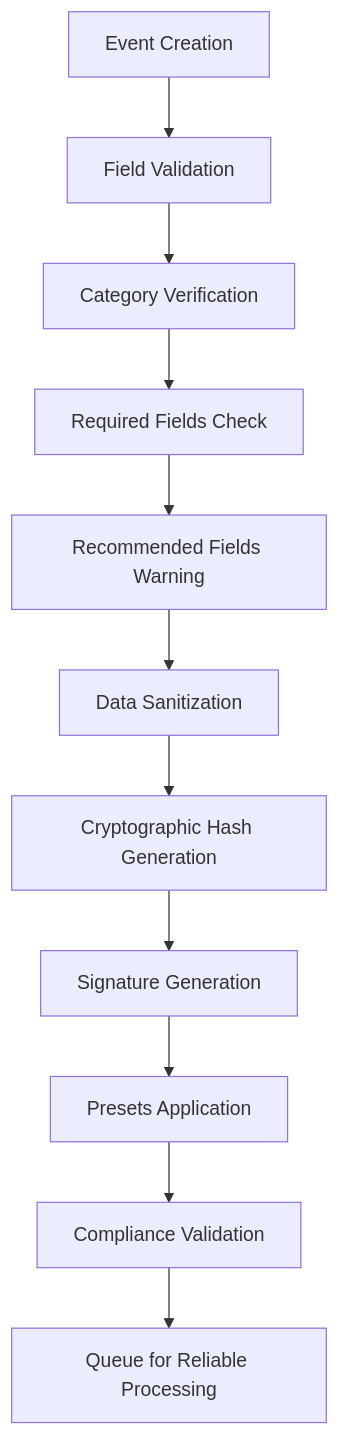
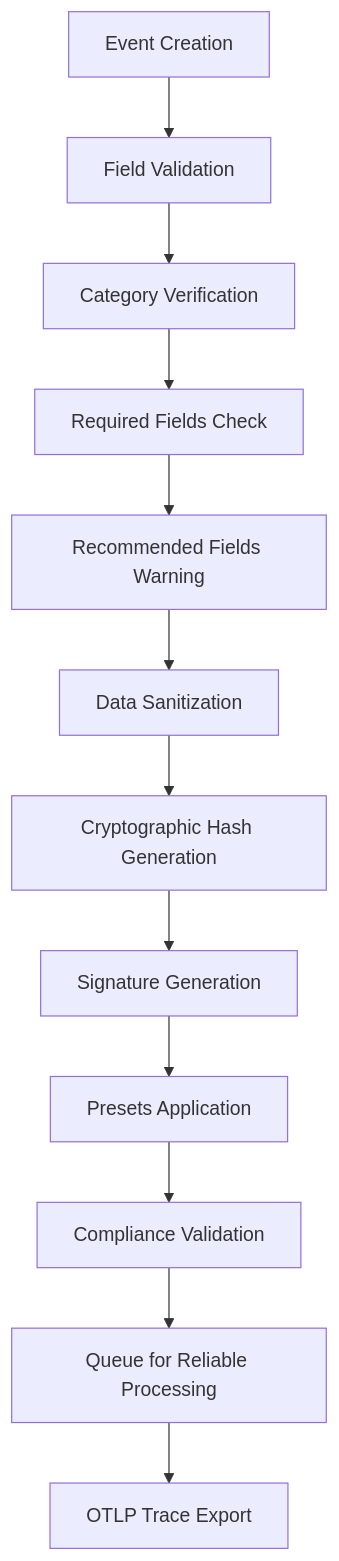
The seventh of 16 diagrams in .qoder/repowiki/en/content/Audit Event Processing.md (smedrec/smart-logs), drawn with Mermaid before and after one commit. The commit also changed other lines of this file and 21 other files, not shown here.

````diff
--- a/.qoder/repowiki/en/content/Audit Event Processing.md
+++ b/.qoder/repowiki/en/content/Audit Event Processing.md
@@ -244,13 +264,14 @@
 ```mermaid
 flowchart TD
 A[Event Creation] --> B[Field Validation]
 B --> C[Category Verification]
 C --> D[Required Fields Check]
 D --> E[Recommended Fields Warning]
 E --> F[Data Sanitization]
 F --> G[Cryptographic Hash Generation]
 G --> H[Signature Generation]
 H --> I[Presets Application]
 I --> J[Compliance Validation]
 J --> K[Queue for Reliable Processing]
+K --> L[OTLP Trace Export]
 ```
````
